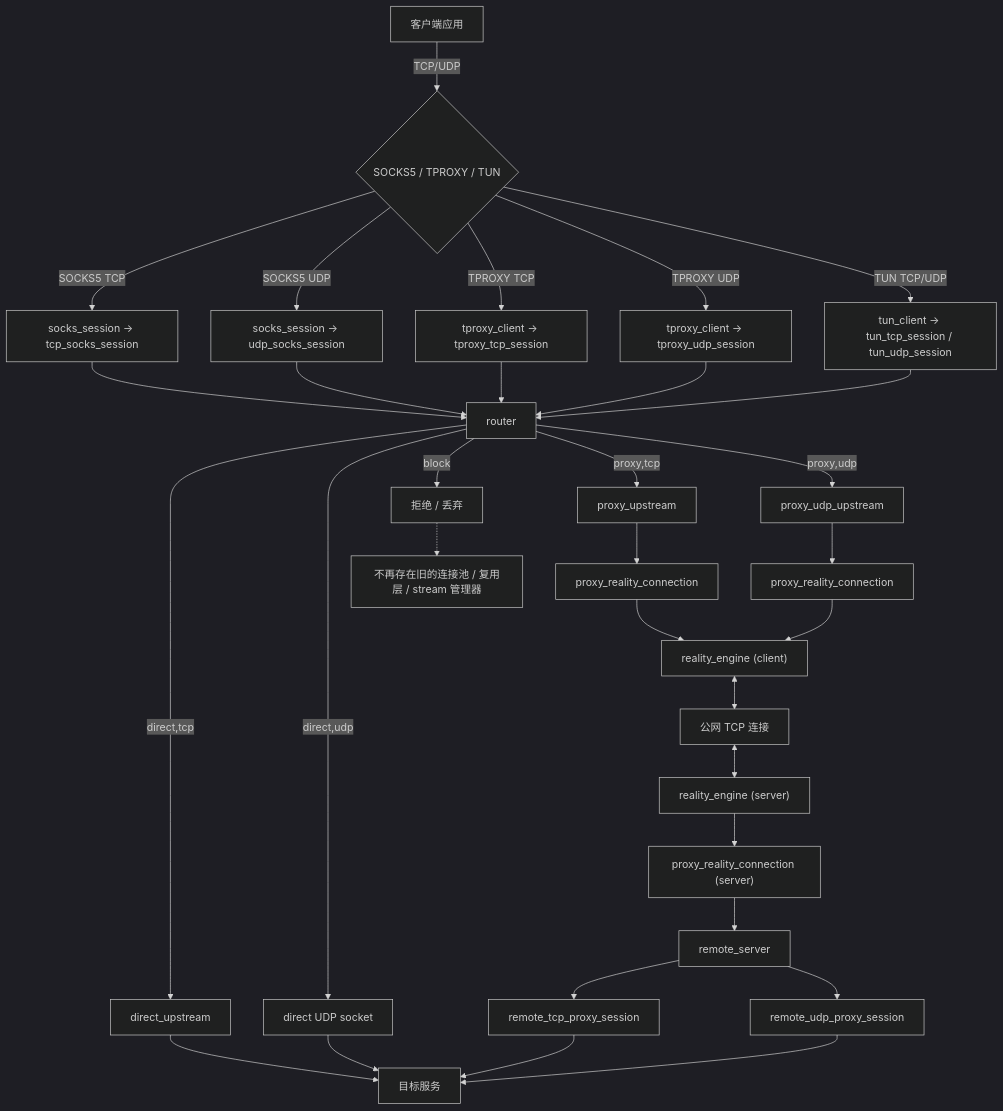
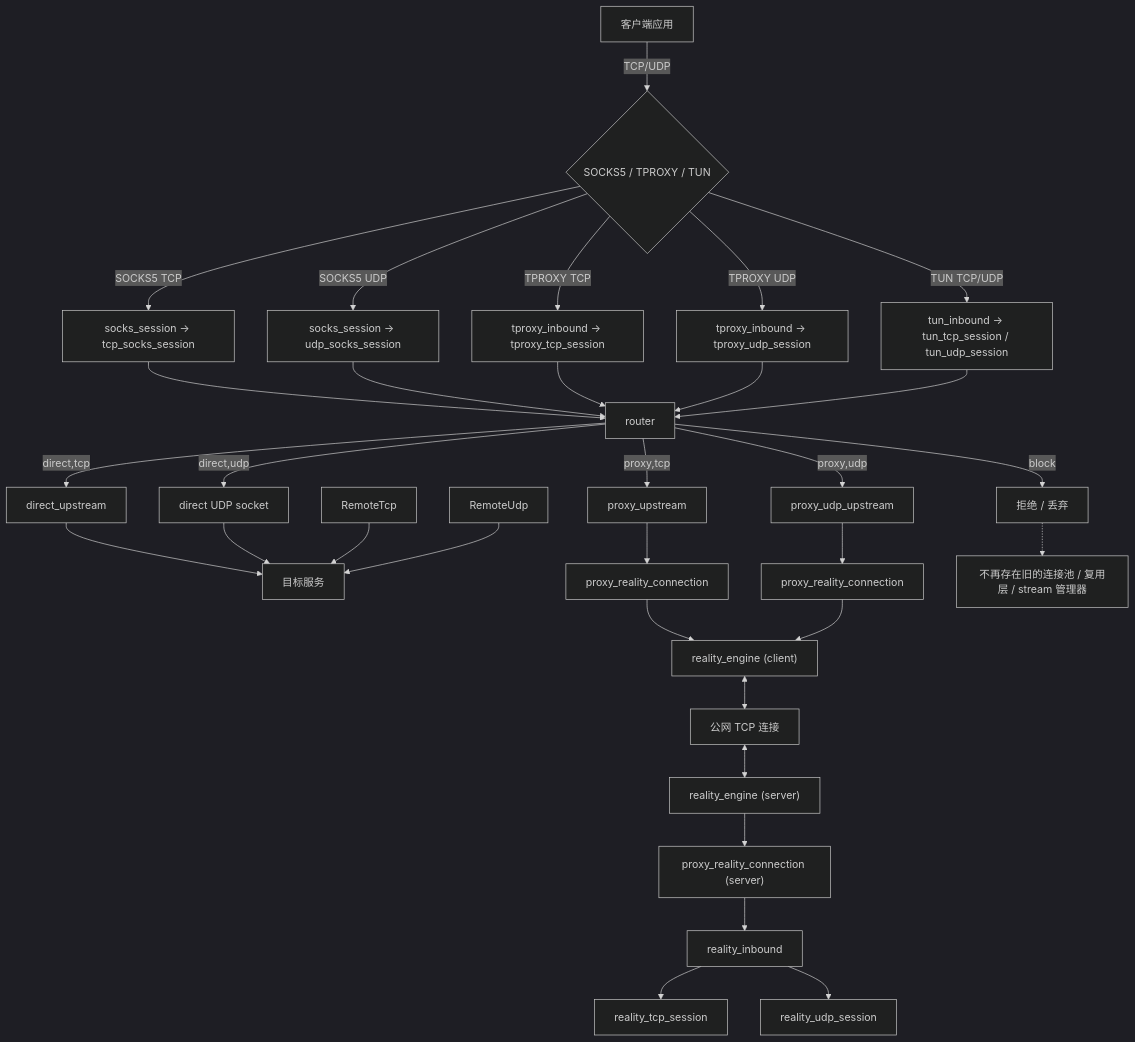
One commit to gyl30/socks changed the first of 5 diagrams in doc/flow.md. Above: the diagram before and after it, drawn with Mermaid (dark theme). The commit also changed other lines of this file and 3 other files, not shown here.

Commit message:
docs(architecture): 同步重构后的入口和reality命名

````diff
--- a/doc/flow.md
+++ b/doc/flow.md
@@ -13,40 +13,40 @@
 ```mermaid
 flowchart TD
   App[客户端应用] -->|TCP/UDP| Inbound{SOCKS5 / TPROXY / TUN}
 
   Inbound -->|SOCKS5 TCP| SocksTcp["socks_session -> tcp_socks_session"]
   Inbound -->|SOCKS5 UDP| SocksUdp["socks_session -> udp_socks_session"]
-  Inbound -->|TPROXY TCP| TproxyTcp["tproxy_client -> tproxy_tcp_session"]
-  Inbound -->|TPROXY UDP| TproxyUdp["tproxy_client -> tproxy_udp_session"]
-  Inbound -->|TUN TCP/UDP| TunInbound["tun_client -> tun_tcp_session / tun_udp_session"]
+  Inbound -->|TPROXY TCP| TproxyTcp["tproxy_inbound -> tproxy_tcp_session"]
+  Inbound -->|TPROXY UDP| TproxyUdp["tproxy_inbound -> tproxy_udp_session"]
+  Inbound -->|TUN TCP/UDP| TunInbound["tun_inbound -> tun_tcp_session / tun_udp_session"]
 
   SocksTcp --> Router[router]
   SocksUdp --> Router
   TproxyTcp --> Router
   TproxyUdp --> Router
   TunInbound --> Router
 
   Router -->|direct,tcp| DirectTcp[direct_upstream]
   Router -->|direct,udp| DirectUdp[direct UDP socket]
   Router -->|proxy,tcp| ProxyTcp[proxy_upstream]
   Router -->|proxy,udp| ProxyUdp[proxy_udp_upstream]
   Router -->|block| Block[拒绝 / 丢弃]
 
   DirectTcp --> Target[目标服务]
   DirectUdp --> Target
 
   ProxyTcp --> ClientConnTcp[proxy_reality_connection]
   ProxyUdp --> ClientConnUdp[proxy_reality_connection]
   ClientConnTcp --> ClientReality["reality_engine (client)"]
   ClientConnUdp --> ClientReality
   ClientReality <--> Network[公网 TCP 连接]
   Network <--> ServerReality["reality_engine (server)"]
   ServerReality --> ServerConn["proxy_reality_connection (server)"]
-  ServerConn --> RemoteServer[remote_server]
-  RemoteServer --> RemoteTcp[remote_tcp_proxy_session]
-  RemoteServer --> RemoteUdp[remote_udp_proxy_session]
+  ServerConn --> RealityInbound[reality_inbound]
+  RealityInbound --> RealityTcp[reality_tcp_session]
+  RealityInbound --> RealityUdp[reality_udp_session]
   RemoteTcp --> Target
   RemoteUdp --> Target
 
   Block -.-> Note1["不再存在旧的连接池 / 复用层 / stream 管理器"]
 ```
````
